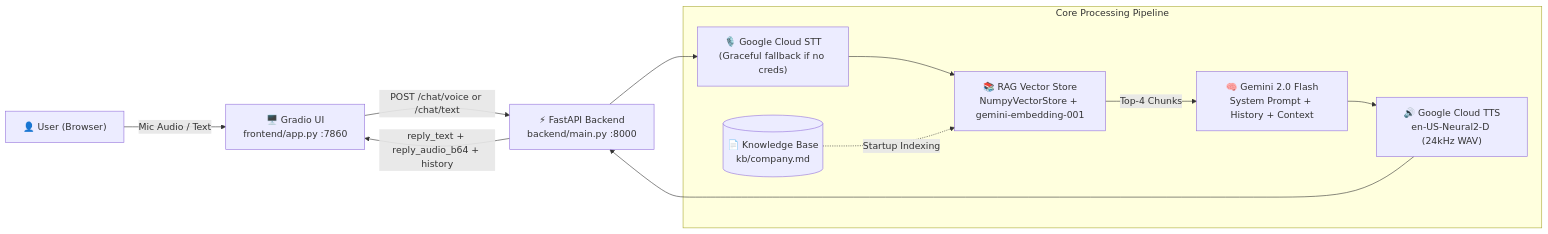
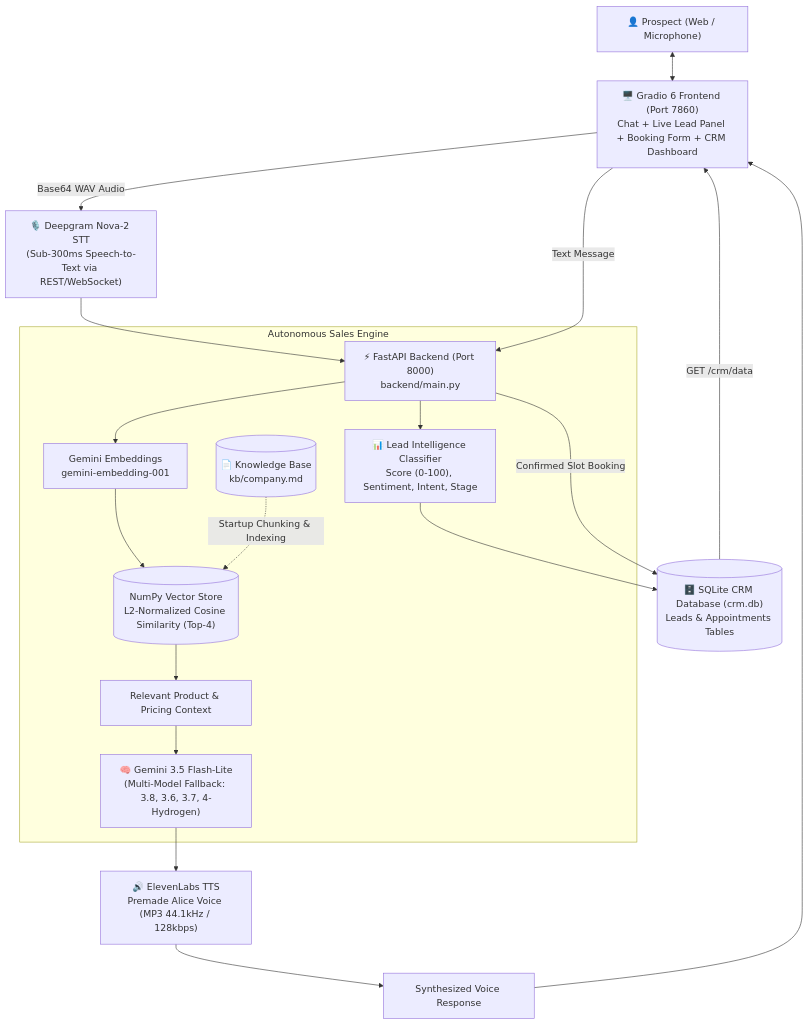
The first of 2 diagrams in README.md (snpathaks/AI-sales-voice-agent-project), drawn with Mermaid before and after one commit. The commit also changed other lines of this file, not shown here.

````diff
--- a/README.md
+++ b/README.md
@@ -55,19 +65,26 @@
 ```mermaid
-flowchart LR
-    User["👤 User (Browser)"] -->|Mic Audio / Text| UI["🖥️ Gradio UI<br/>frontend/app.py :7860"]
-    UI -->|POST /chat/voice or /chat/text| API["⚡ FastAPI Backend<br/>backend/main.py :8000"]
+flowchart TD
+    User["👤 Prospect (Web / Microphone)"] <--> UI["🖥️ Gradio 6 Frontend (Port 7860)<br/>Chat + Live Lead Panel + Booking Form + CRM Dashboard"]
+    
+    UI -->|Base64 WAV Audio| STT["🎙️ Deepgram Nova-2 STT<br/>(Sub-300ms Speech-to-Text via REST/WebSocket)"]
+    STT --> API["⚡ FastAPI Backend (Port 8000)<br/>backend/main.py"]
+    UI -->|Text Message| API
 
-    subgraph Pipeline["Core Processing Pipeline"]
-        STT["🎙️ Google Cloud STT<br/>(Graceful fallback if no creds)"]
-        RAG["📚 RAG Vector Store<br/>NumpyVectorStore + gemini-embedding-001"]
-        KB[("📄 Knowledge Base<br/>kb/company.md")]
-        LLM["🧠 Gemini 2.0 Flash<br/>System Prompt + History + Context"]
-        TTS["🔊 Google Cloud TTS<br/>en-US-Neural2-D (24kHz WAV)"]
+    subgraph Intelligence["Autonomous Sales Engine"]
+        API --> Embed["Gemini Embeddings<br/>gemini-embedding-001"]
+        Embed --> VStore[("NumPy Vector Store<br/>L2-Normalized Cosine Similarity (Top-4)")]
+        KB[("📄 Knowledge Base<br/>kb/company.md")] -.->|Startup Chunking & Indexing| VStore
+        VStore --> Context["Relevant Product & Pricing Context"]
+        
+        Context --> LLM["🧠 Gemini 3.5 Flash-Lite<br/>(Multi-Model Fallback: 3.8, 3.6, 3.7, 4-Hydrogen)"]
+        API --> LeadEngine["📊 Lead Intelligence Classifier<br/>Score (0-100), Sentiment, Intent, Stage"]
     end
 
-    API --> STT --> RAG
-    KB -.->|Startup Indexing| RAG
-    RAG -->|Top-4 Chunks| LLM
-    LLM --> TTS --> API
-    API -->|reply_text + reply_audio_b64 + history| UI
+    LLM --> TTS["🔊 ElevenLabs TTS<br/>Premade Alice Voice (MP3 44.1kHz / 128kbps)"]
+    TTS --> AudioOut["Synthesized Voice Response"]
+    AudioOut --> UI
+
+    LeadEngine --> CRMDB[("🗄️ SQLite CRM Database (crm.db)<br/>Leads & Appointments Tables")]
+    API -->|Confirmed Slot Booking| CRMDB
+    CRMDB -->|GET /crm/data| UI
 ```
````
